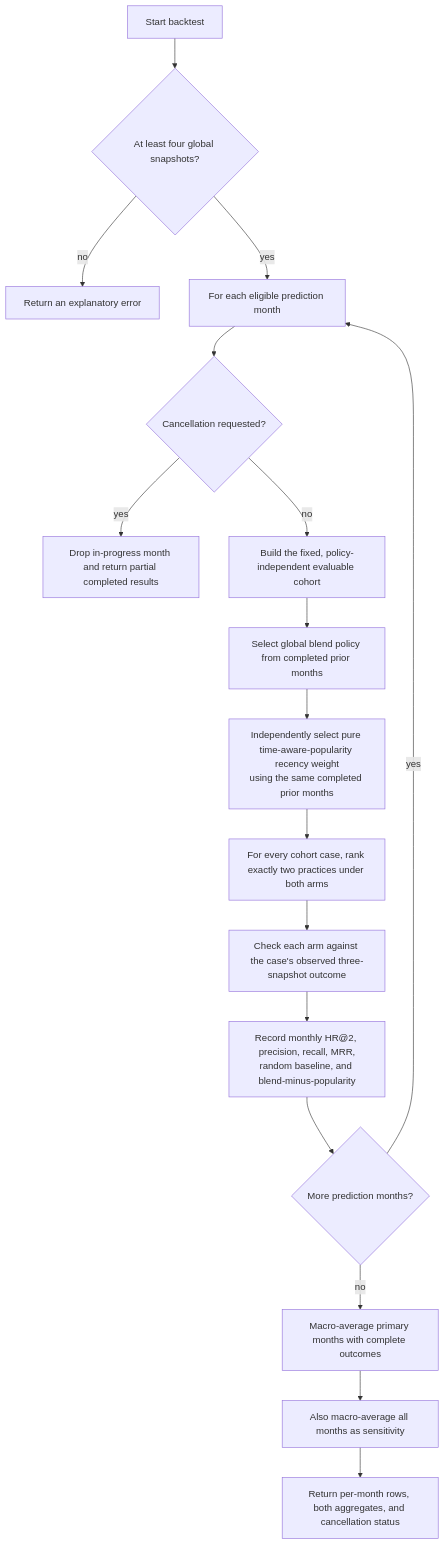
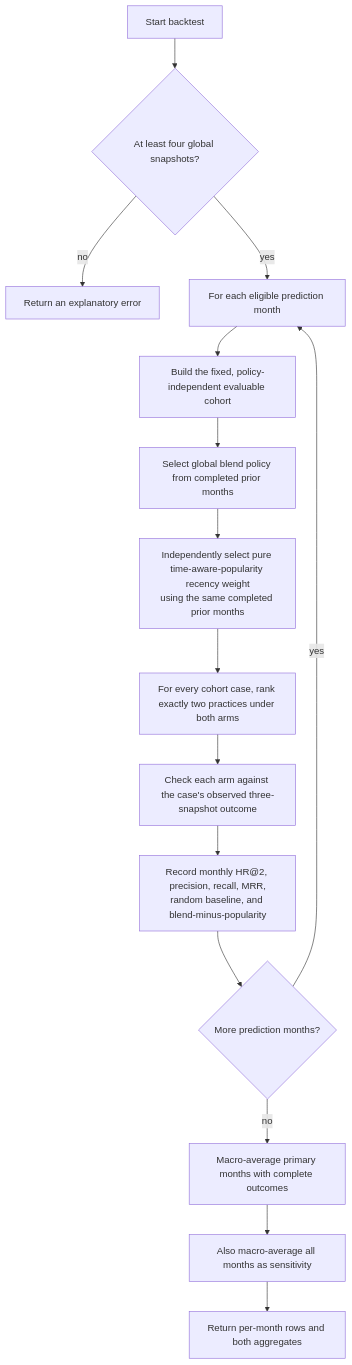
Before and after one commit to erezmorabia/agile-prediction-mvp: the diagram in docs/flowcharts/run-backtest.md, drawn with Mermaid. The commit also changed other lines of this file and 15 other files, not shown here.

````diff
--- a/docs/flowcharts/run-backtest.md
+++ b/docs/flowcharts/run-backtest.md
@@ -9,19 +9,17 @@
 ```mermaid
 flowchart TD
     A[Start backtest] --> B{At least four global snapshots?}
     B -->|no| Z[Return an explanatory error]
     B -->|yes| C[For each eligible prediction month]
-    C --> D{Cancellation requested?}
-    D -->|yes| X[Drop in-progress month and return partial completed results]
-    D -->|no| E[Build the fixed, policy-independent evaluable cohort]
+    C --> E[Build the fixed, policy-independent evaluable cohort]
     E --> F[Select global blend policy from completed prior months]
     F --> G[Independently select pure time-aware-popularity recency weight<br/>using the same completed prior months]
     G --> H[For every cohort case, rank exactly two practices under both arms]
     H --> I[Check each arm against the case's observed three-snapshot outcome]
     I --> J[Record monthly HR@2, precision, recall, MRR,<br/>random baseline, and blend-minus-popularity]
     J --> K{More prediction months?}
     K -->|yes| C
     K -->|no| L[Macro-average primary months with complete outcomes]
     L --> M[Also macro-average all months as sensitivity]
-    M --> N[Return per-month rows, both aggregates, and cancellation status]
+    M --> N[Return per-month rows and both aggregates]
 ```
````
